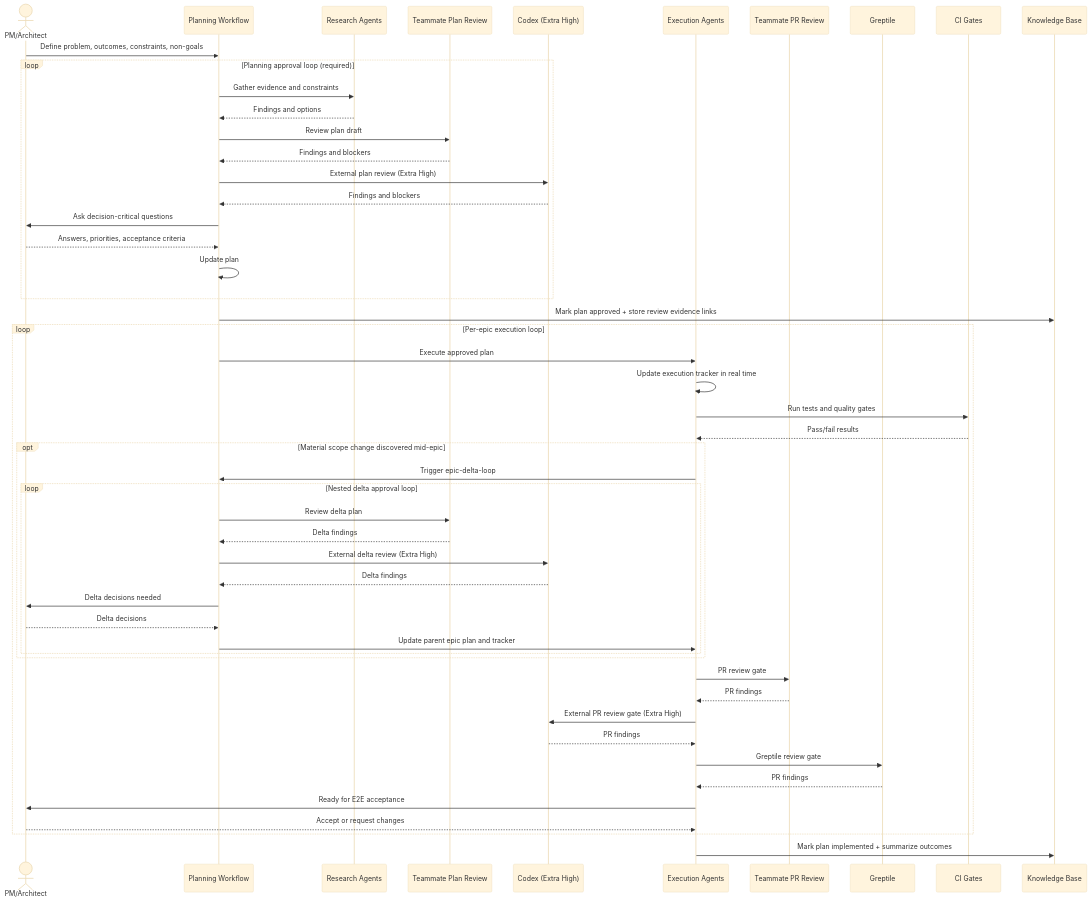
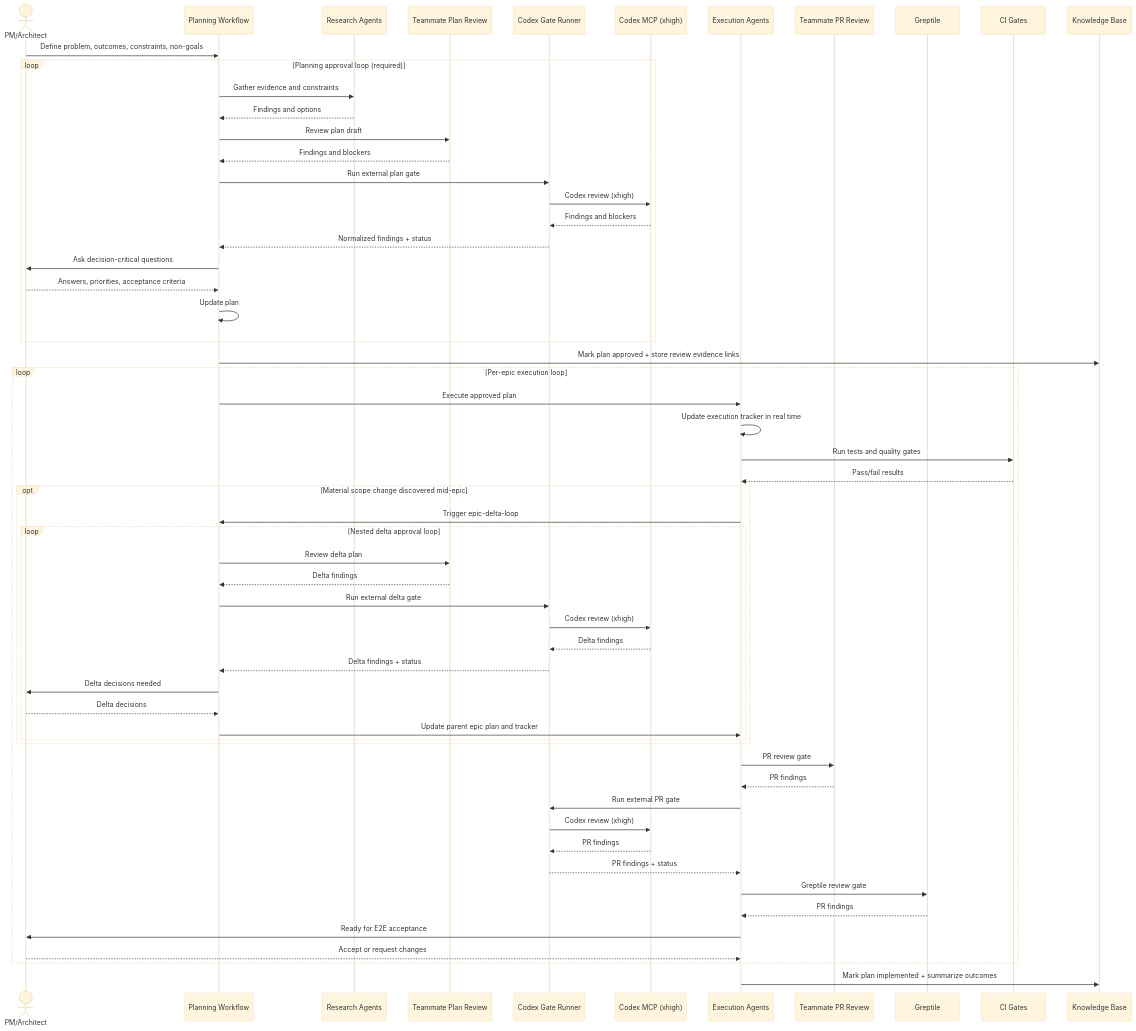
The first of 2 diagrams in templates/docs/process/sequence-diagram.md (adam-badar/compound-engineering-system), drawn with Mermaid (base theme) before and after one commit. The commit also changed other lines of this file and 20 other files, not shown here.

Commit message:
fix: harden codex gate workflow and worktree safety

````diff
--- a/templates/docs/process/sequence-diagram.md
+++ b/templates/docs/process/sequence-diagram.md
@@ -5,58 +5,65 @@
 ```mermaid
 sequenceDiagram
     actor PM as PM/Architect
     participant Plan as Planning Workflow
     participant Research as Research Agents
     participant TeamPlan as Teammate Plan Review
-    participant Codex as Codex (Extra High)
+    participant CodexGate as Codex Gate Runner
+    participant Codex as Codex MCP (xhigh)
     participant Work as Execution Agents
     participant TeamPR as Teammate PR Review
     participant Greptile as Greptile
     participant CI as CI Gates
     participant KB as Knowledge Base
 
     PM->>Plan: Define problem, outcomes, constraints, non-goals
     loop Planning approval loop (required)
         Plan->>Research: Gather evidence and constraints
         Research-->>Plan: Findings and options
         Plan->>TeamPlan: Review plan draft
         TeamPlan-->>Plan: Findings and blockers
-        Plan->>Codex: External plan review (Extra High)
-        Codex-->>Plan: Findings and blockers
+        Plan->>CodexGate: Run external plan gate
+        CodexGate->>Codex: Codex review (xhigh)
+        Codex-->>CodexGate: Findings and blockers
+        CodexGate-->>Plan: Normalized findings + status
         Plan->>PM: Ask decision-critical questions
         PM-->>Plan: Answers, priorities, acceptance criteria
         Plan->>Plan: Update plan
     end
     Plan->>KB: Mark plan approved + store review evidence links
 
     loop Per-epic execution loop
         Plan->>Work: Execute approved plan
         Work->>Work: Update execution tracker in real time
         Work->>CI: Run tests and quality gates
         CI-->>Work: Pass/fail results
 
         opt Material scope change discovered mid-epic
             Work->>Plan: Trigger epic-delta-loop
             loop Nested delta approval loop
                 Plan->>TeamPlan: Review delta plan
                 TeamPlan-->>Plan: Delta findings
-                Plan->>Codex: External delta review (Extra High)
-                Codex-->>Plan: Delta findings
+                Plan->>CodexGate: Run external delta gate
+                CodexGate->>Codex: Codex review (xhigh)
+                Codex-->>CodexGate: Delta findings
+                CodexGate-->>Plan: Delta findings + status
                 Plan->>PM: Delta decisions needed
                 PM-->>Plan: Delta decisions
                 Plan->>Work: Update parent epic plan and tracker
             end
         end
 
         Work->>TeamPR: PR review gate
         TeamPR-->>Work: PR findings
-        Work->>Codex: External PR review gate (Extra High)
-        Codex-->>Work: PR findings
+        Work->>CodexGate: Run external PR gate
+        CodexGate->>Codex: Codex review (xhigh)
+        Codex-->>CodexGate: PR findings
+        CodexGate-->>Work: PR findings + status
         Work->>Greptile: Greptile review gate
         Greptile-->>Work: PR findings
         Work->>PM: Ready for E2E acceptance
         PM-->>Work: Accept or request changes
     end
 
     Work->>KB: Mark plan implemented + summarize outcomes
 ```
````
